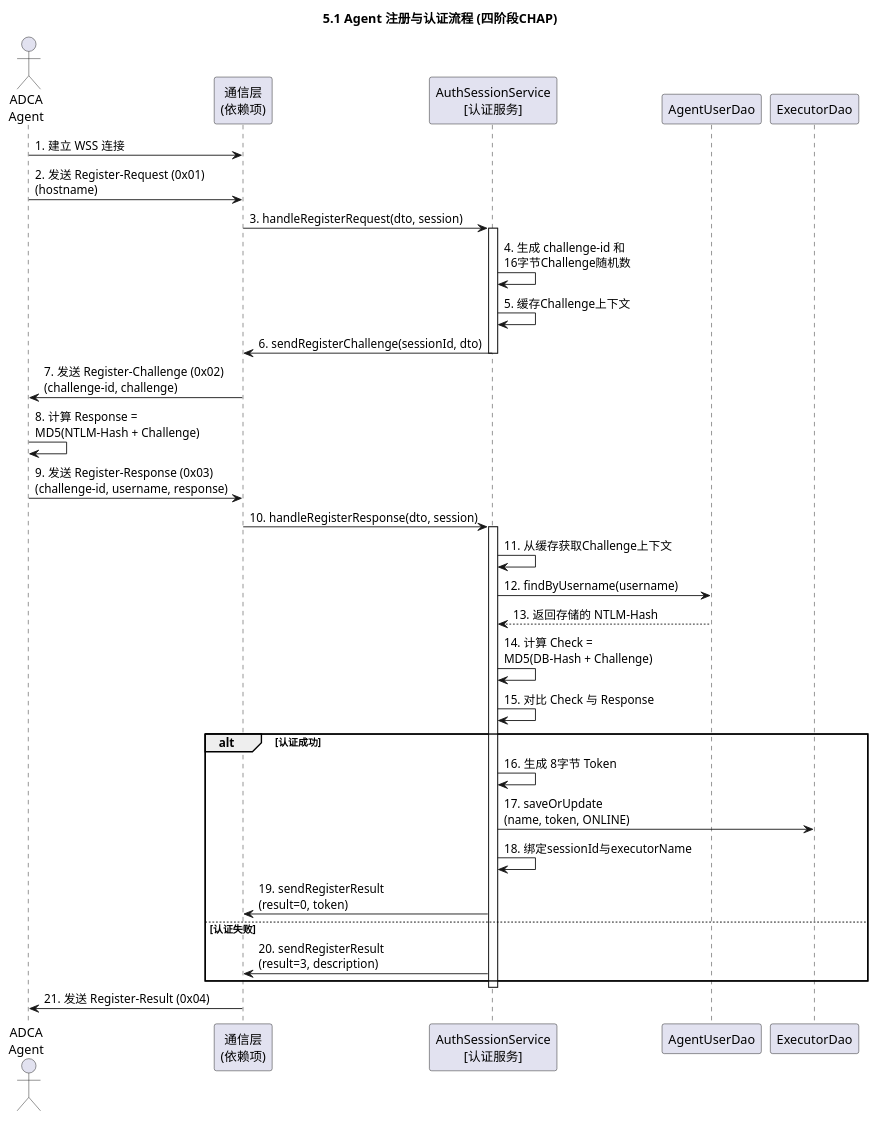
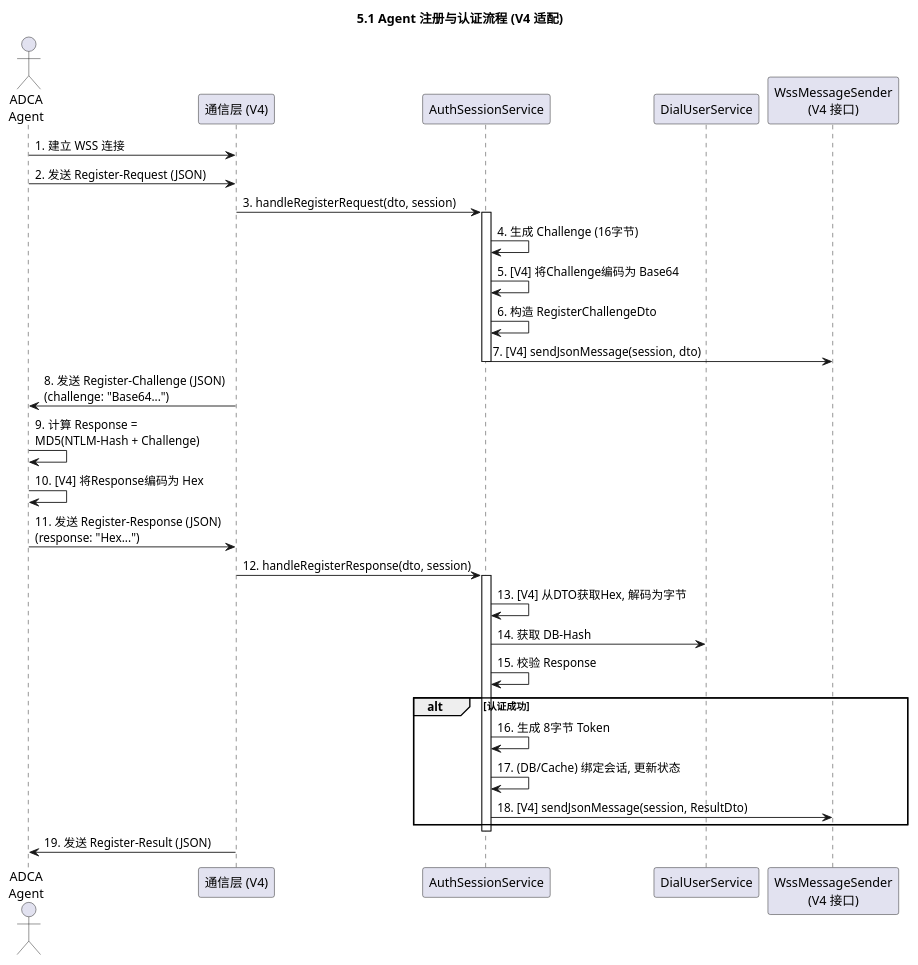
The third of 10 diagrams in AR软件实现设计文档/执行机管理/执行机管理-业务逻辑设计.md (GuiHongli/DialTestCenter), drawn with PlantUML before and after one commit. The commit also changed other lines of this file and 48 other files, not shown here.

````diff
--- a/AR软件实现设计文档/执行机管理/执行机管理-业务逻辑设计.md
+++ b/AR软件实现设计文档/执行机管理/执行机管理-业务逻辑设计.md
@@ -502,51 +389,46 @@
 ```plantuml
 @startuml
-title 5.1 Agent 注册与认证流程 (四阶段CHAP)
+title 5.1 Agent 注册与认证流程 (V4 适配)
 
 actor "ADCA\nAgent" as Agent
-participant "通信层\n(依赖项)" as CommLayer
-participant "AuthSessionService\n[认证服务]" as AuthService
-participant "AgentUserDao" as UserDao
-participant "ExecutorDao" as ExecDao
+participant "通信层 (V4)" as CommLayer
+participant "AuthSessionService" as AuthService
+participant "DialUserService" as DialUserService
+participant "WssMessageSender\n(V4 接口)" as Sender
 
 Agent -> CommLayer : 1. 建立 WSS 连接
-Agent -> CommLayer : 2. 发送 Register-Request (0x01)\n(hostname)
+Agent -> CommLayer : 2. 发送 Register-Request (JSON)
 
 CommLayer -> AuthService : 3. handleRegisterRequest(dto, session)
 
 activate AuthService
-    AuthService -> AuthService : 4. 生成 challenge-id 和\n16字节Challenge随机数
-    AuthService -> AuthService : 5. 缓存Challenge上下文
-    AuthService -> CommLayer : 6. sendRegisterChallenge(sessionId, dto)
+    AuthService -> AuthService : 4. 生成 Challenge (16字节)
+    AuthService -> AuthService : 5. [V4] 将Challenge编码为 Base64
+    AuthService -> AuthService : 6. 构造 RegisterChallengeDto
+    AuthService -> Sender : 7. [V4] sendJsonMessage(session, dto)
 deactivate AuthService
 
-CommLayer -> Agent : 7. 发送 Register-Challenge (0x02)\n(challenge-id, challenge)
+CommLayer -> Agent : 8. 发送 Register-Challenge (JSON)\n(challenge: "Base64...")
 
-Agent -> Agent : 8. 计算 Response =\nMD5(NTLM-Hash + Challenge)
+Agent -> Agent : 9. 计算 Response =\nMD5(NTLM-Hash + Challenge)
+Agent -> Agent : 10. [V4] 将Response编码为 Hex
 
-Agent -> CommLayer : 9. 发送 Register-Response (0x03)\n(challenge-id, username, response)
+Agent -> CommLayer : 11. 发送 Register-Response (JSON)\n(response: "Hex...")
 
-CommLayer -> AuthService : 10. handleRegisterResponse(dto, session)
+CommLayer -> AuthService : 12. handleRegisterResponse(dto, session)
 
 activate AuthService
-    AuthService -> AuthService : 11. 从缓存获取Challenge上下文
-    AuthService -> UserDao : 12. findByUsername(username)
-    UserDao --> AuthService : 13. 返回存储的 NTLM-Hash
-    
-    AuthService -> AuthService : 14. 计算 Check =\nMD5(DB-Hash + Challenge)
-    AuthService -> AuthService : 15. 对比 Check 与 Response
-    
+    AuthService -> AuthService : 13. [V4] 从DTO获取Hex, 解码为字节
+    AuthService -> DialUserService : 14. 获取 DB-Hash
+    AuthService -> AuthService : 15. 校验 Response
     alt 认证成功
         AuthService -> AuthService : 16. 生成 8字节 Token
-        AuthService -> ExecDao : 17. saveOrUpdate\n(name, token, ONLINE)
-        AuthService -> AuthService : 18. 绑定sessionId与executorName
-        AuthService -> CommLayer : 19. sendRegisterResult\n(result=0, token)
-    else 认证失败
-        AuthService -> CommLayer : 20. sendRegisterResult\n(result=3, description)
+        AuthService -> AuthService : 17. (DB/Cache) 绑定会话, 更新状态
+        AuthService -> Sender : 18. [V4] sendJsonMessage(session, ResultDto)
     end
 deactivate AuthService
 
-CommLayer -> Agent : 21. 发送 Register-Result (0x04)
+CommLayer -> Agent : 19. 发送 Register-Result (JSON)
 
 @enduml
 ```
````
